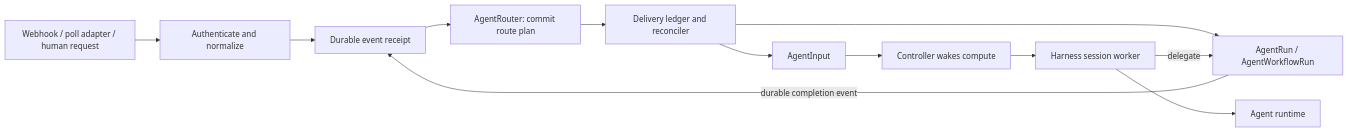
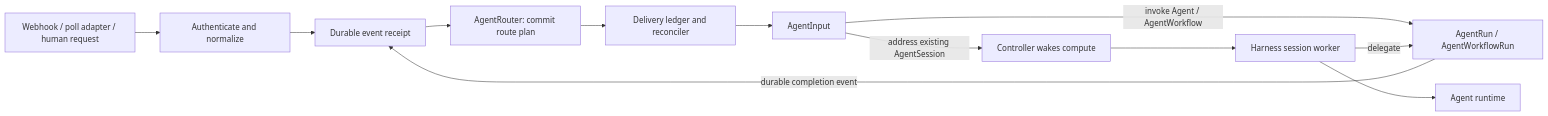
The diagram in docs/adr/0025-agent-sessions-and-event-routing.md (djzager/agentic-controller), drawn with Mermaid before and after one commit. The commit also changed other lines of this file and 5 other files, not shown here.

Commit message:
docs: make AgentInput common to event-triggered executions

````diff
--- a/docs/adr/0025-agent-sessions-and-event-routing.md
+++ b/docs/adr/0025-agent-sessions-and-event-routing.md
@@ -111,14 +136,14 @@
 ```mermaid
 flowchart LR
     Source["Webhook / poll adapter / human request"] --> Receiver["Authenticate and normalize"]
     Receiver --> Inbox["Durable event receipt"]
     Inbox --> Router["AgentRouter: commit route plan"]
     Router --> Delivery["Delivery ledger and reconciler"]
-    Delivery --> Run["AgentRun / AgentWorkflowRun"]
     Delivery --> Input["AgentInput"]
-    Input --> Controller["Controller wakes compute"]
+    Input -->|"invoke Agent / AgentWorkflow"| Run["AgentRun / AgentWorkflowRun"]
+    Input -->|"address existing AgentSession"| Controller["Controller wakes compute"]
     Controller --> Worker["Harness session worker"]
     Worker --> Runtime["Agent runtime"]
     Worker -->|delegate| Run
     Run -->|durable completion event| Inbox
 ```
````
